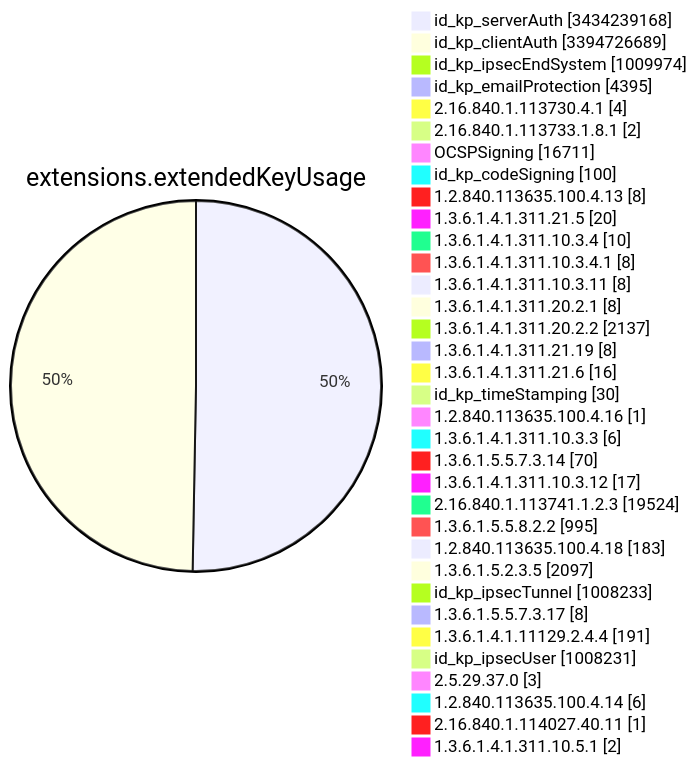
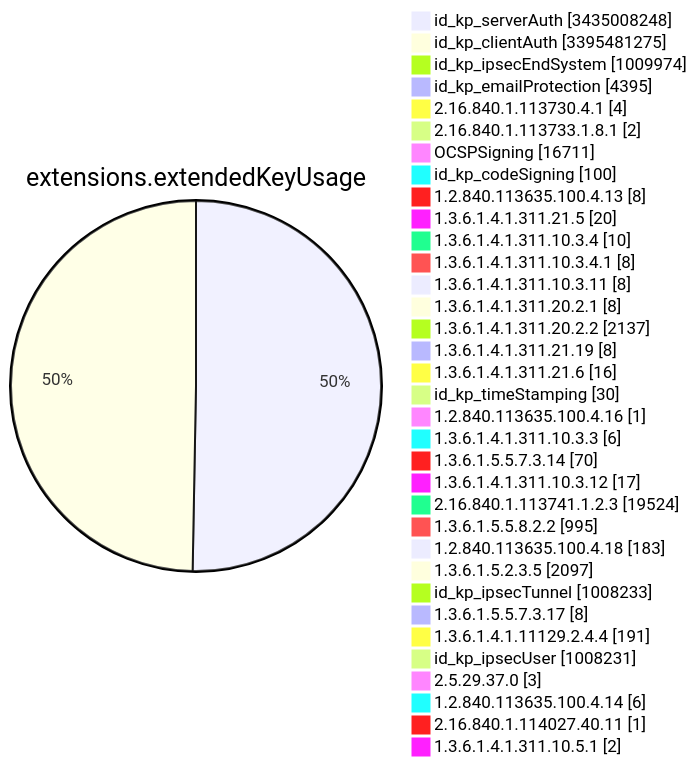
Diagram 11 of 15 in TOTAL/README.md (christiankrug/ctmonitor_visualization), drawn with Mermaid before and after one commit. The commit also changed other lines of this file, not shown here.

````diff
--- a/TOTAL/README.md
+++ b/TOTAL/README.md
@@ -4122,38 +4123,38 @@
 ```mermaid
 pie showData
 title extensions.extendedKeyUsage
-"id_kp_serverAuth" :3434239168
-"id_kp_clientAuth" :3394726689
+"id_kp_serverAuth" :3435008248
+"id_kp_clientAuth" :3395481275
 "id_kp_ipsecEndSystem" :1009974
 "id_kp_emailProtection" :4395
 "2.16.840.1.113730.4.1" :4
 "2.16.840.1.113733.1.8.1" :2
 "OCSPSigning" :16711
 "id_kp_codeSigning" :100
 "1.2.840.113635.100.4.13" :8
 "1.3.6.1.4.1.311.21.5" :20
 "1.3.6.1.4.1.311.10.3.4" :10
 "1.3.6.1.4.1.311.10.3.4.1" :8
 "1.3.6.1.4.1.311.10.3.11" :8
 "1.3.6.1.4.1.311.20.2.1" :8
 "1.3.6.1.4.1.311.20.2.2" :2137
 "1.3.6.1.4.1.311.21.19" :8
 "1.3.6.1.4.1.311.21.6" :16
 "id_kp_timeStamping" :30
 "1.2.840.113635.100.4.16" :1
 "1.3.6.1.4.1.311.10.3.3" :6
 "1.3.6.1.5.5.7.3.14" :70
 "1.3.6.1.4.1.311.10.3.12" :17
 "2.16.840.1.113741.1.2.3" :19524
 "1.3.6.1.5.5.8.2.2" :995
 "1.2.840.113635.100.4.18" :183
 "1.3.6.1.5.2.3.5" :2097
 "id_kp_ipsecTunnel" :1008233
 "1.3.6.1.5.5.7.3.17" :8
 "1.3.6.1.4.1.11129.2.4.4" :191
 "id_kp_ipsecUser" :1008231
 "2.5.29.37.0" :3
 "1.2.840.113635.100.4.14" :6
 "2.16.840.1.114027.40.11" :1
 "1.3.6.1.4.1.311.10.5.1" :2
 ```
````
